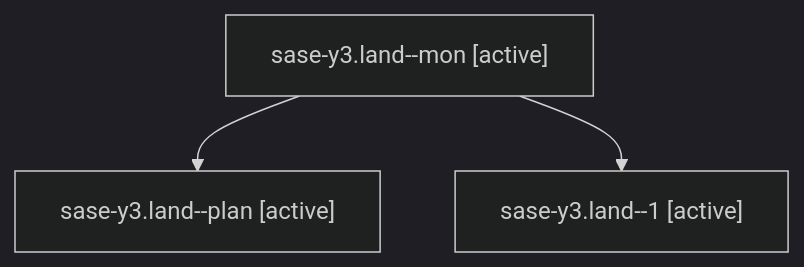
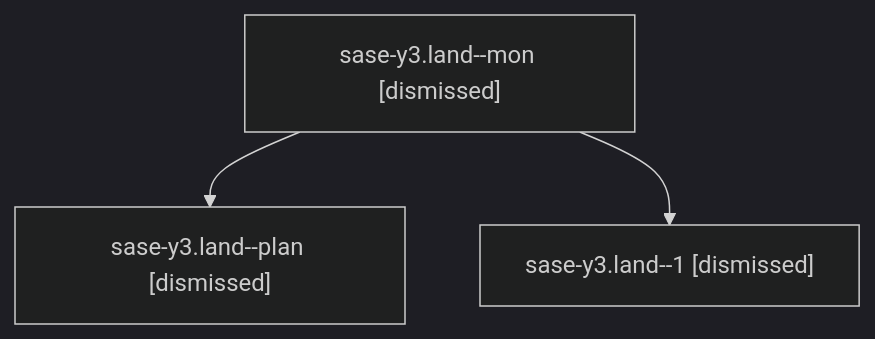
The diagram in sessions/bbugyi200.athena.sase-y3.land.md (sase-org/sase--agents), drawn with Mermaid (dark theme) before and after one commit. The commit also changed other lines of this file and 206 other files, not shown here.

````diff
--- a/sessions/bbugyi200.athena.sase-y3.land.md
+++ b/sessions/bbugyi200.athena.sase-y3.land.md
@@ -9,8 +9,8 @@
 ```mermaid
 flowchart TD
-  n0["sase-y3.land--mon [active]"]
-  n1["sase-y3.land--plan [active]"]
+  n0["sase-y3.land--mon [dismissed]"]
+  n1["sase-y3.land--plan [dismissed]"]
   n0 --> n1
-  n2["sase-y3.land--1 [active]"]
+  n2["sase-y3.land--1 [dismissed]"]
   n0 --> n2
 ```
````
